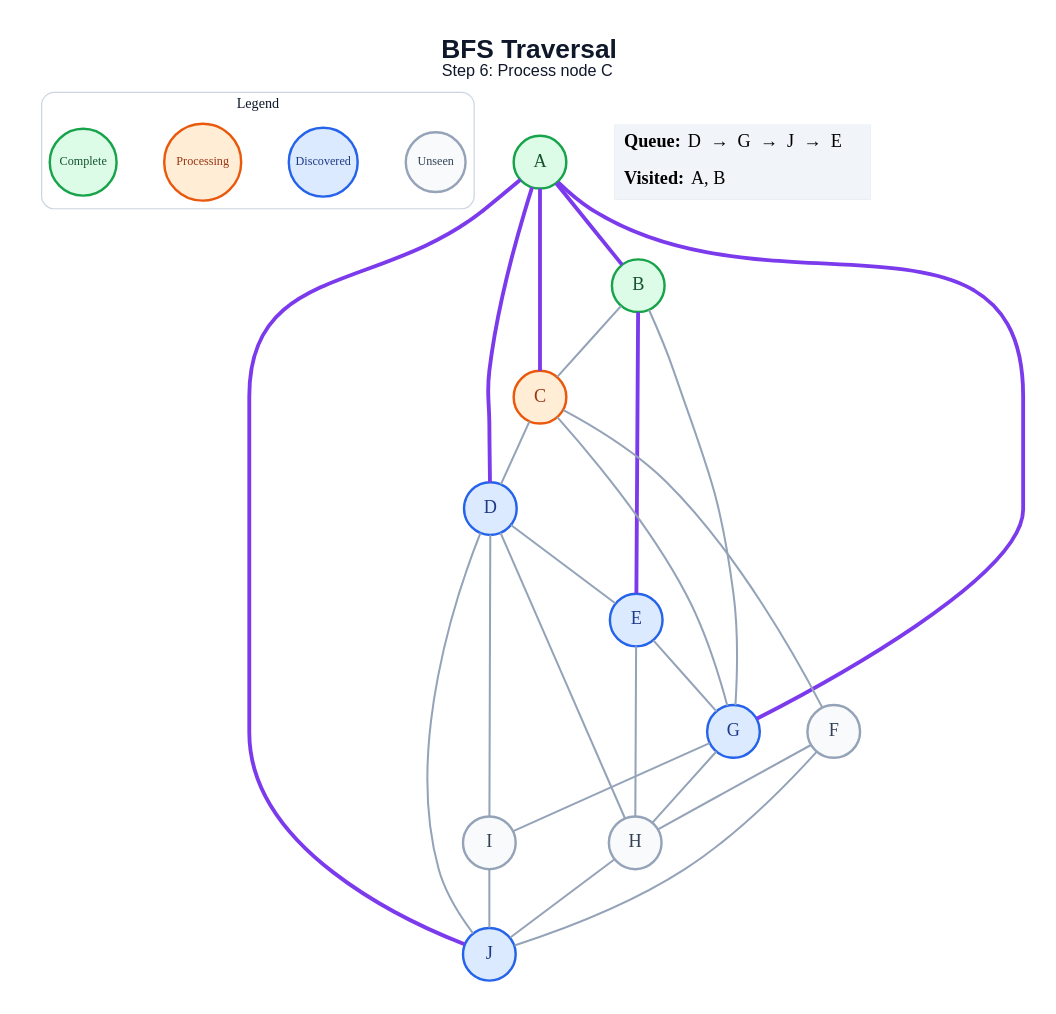
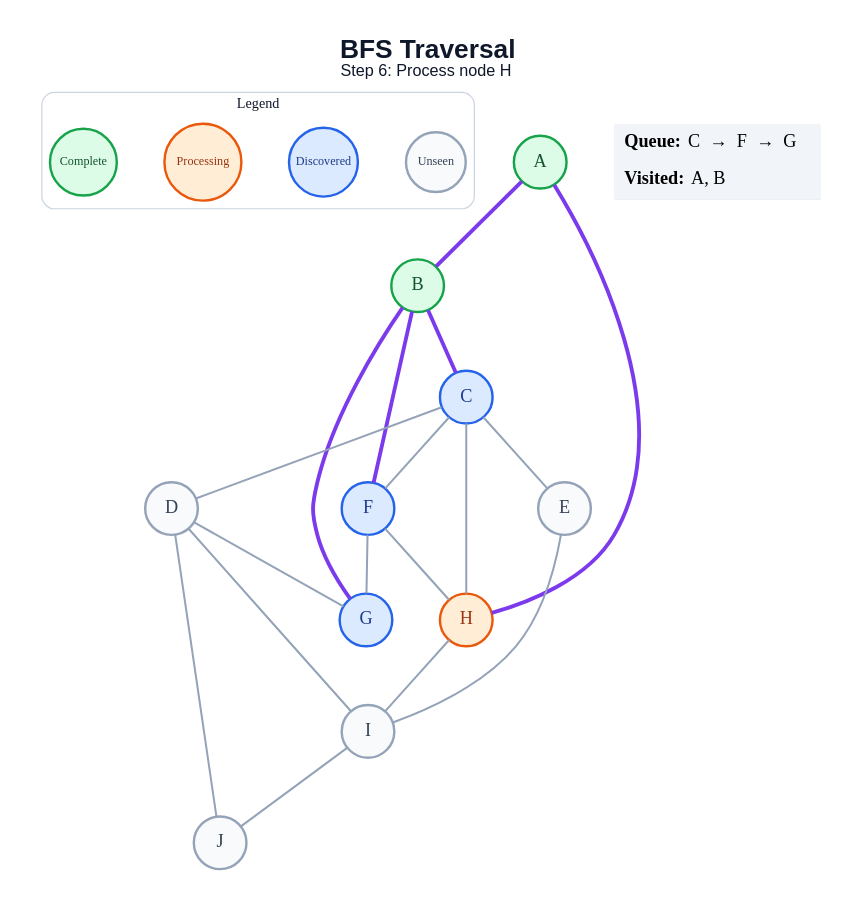
Before and after one commit to anon7238593-create/ai-slop: the diagram in generated/bfs/step_06.dot, drawn with Graphviz. The commit also changed 178 other files, not shown here.

```diff
--- a/generated/bfs/step_06.dot
+++ b/generated/bfs/step_06.dot
@@ -1,52 +1,46 @@
 graph traversal {
   graph [layout=dot, rankdir=TB, bgcolor="#FFFFFF", pad="0.35", nodesep="0.65", ranksep="0.8", fontname="Arial"];
   node [shape=circle, style="filled", fontname="Arial Bold", fontsize=18, width=0.72, fixedsize=true, penwidth=2.4];
   edge [color="#94A3B8", penwidth=2.0];
-  label=<<B>BFS Traversal</B><BR/><FONT POINT-SIZE="16">Step 6: Process node C</FONT>>; labelloc="t"; fontsize=26; fontname="Arial"; fontcolor="#0F172A";
+  label=<<B>BFS Traversal</B><BR/><FONT POINT-SIZE="16">Step 6: Process node H</FONT>>; labelloc="t"; fontsize=26; fontname="Arial"; fontcolor="#0F172A";
   subgraph cluster_legend { label="Legend"; color="#CBD5E1"; penwidth=1.2; style="rounded"; fontsize=14; fontname="Arial Bold";
     key_unseen [label="Unseen", fillcolor="#F8FAFC", color="#94A3B8", fontcolor="#334155", fontsize=12, width=0.82];
     key_frontier [label="Discovered", fillcolor="#DBEAFE", color="#2563EB", fontcolor="#1E3A8A", fontsize=12, width=0.95];
     key_current [label="Processing", fillcolor="#FFEDD5", color="#EA580C", fontcolor="#9A3412", fontsize=12, width=1.05];
     key_done [label="Complete", fillcolor="#DCFCE7", color="#16A34A", fontcolor="#14532D", fontsize=12, width=0.92];
     { rank=same; key_unseen; key_frontier; key_current; key_done; }
   }
   A [fillcolor="#DCFCE7", color="#16A34A", fontcolor="#14532D"];
   B [fillcolor="#DCFCE7", color="#16A34A", fontcolor="#14532D"];
-  C [fillcolor="#FFEDD5", color="#EA580C", fontcolor="#9A3412"];
-  D [fillcolor="#DBEAFE", color="#2563EB", fontcolor="#1E3A8A"];
-  E [fillcolor="#DBEAFE", color="#2563EB", fontcolor="#1E3A8A"];
-  F [fillcolor="#F8FAFC", color="#94A3B8", fontcolor="#334155"];
+  C [fillcolor="#DBEAFE", color="#2563EB", fontcolor="#1E3A8A"];
+  D [fillcolor="#F8FAFC", color="#94A3B8", fontcolor="#334155"];
+  E [fillcolor="#F8FAFC", color="#94A3B8", fontcolor="#334155"];
+  F [fillcolor="#DBEAFE", color="#2563EB", fontcolor="#1E3A8A"];
   G [fillcolor="#DBEAFE", color="#2563EB", fontcolor="#1E3A8A"];
-  H [fillcolor="#F8FAFC", color="#94A3B8", fontcolor="#334155"];
+  H [fillcolor="#FFEDD5", color="#EA580C", fontcolor="#9A3412"];
   I [fillcolor="#F8FAFC", color="#94A3B8", fontcolor="#334155"];
-  J [fillcolor="#DBEAFE", color="#2563EB", fontcolor="#1E3A8A"];
+  J [fillcolor="#F8FAFC", color="#94A3B8", fontcolor="#334155"];
   A -- B [color="#7C3AED", penwidth=3.8];
-  A -- C [color="#7C3AED", penwidth=3.8];
-  A -- D [color="#7C3AED", penwidth=3.8];
-  A -- G [color="#7C3AED", penwidth=3.8];
-  A -- J [color="#7C3AED", penwidth=3.8];
-  B -- C;
-  B -- E [color="#7C3AED", penwidth=3.8];
-  B -- G;
+  A -- H [color="#7C3AED", penwidth=3.8];
+  B -- C [color="#7C3AED", penwidth=3.8];
+  B -- F [color="#7C3AED", penwidth=3.8];
+  B -- G [color="#7C3AED", penwidth=3.8];
   C -- D;
+  C -- E;
   C -- F;
-  C -- G;
-  D -- E;
-  D -- H;
+  C -- H;
+  D -- G;
   D -- I;
   D -- J;
-  E -- G;
-  E -- H;
+  E -- I;
+  F -- G;
   F -- H;
-  F -- J;
-  G -- H;
-  G -- I;
-  H -- J;
+  H -- I;
   I -- J;
   status [shape=plain, fixedsize=false, width=0, height=0, margin=0, label=<
     <TABLE BORDER="0" CELLBORDER="0" CELLPADDING="7" BGCOLOR="#F1F5F9">
-      <TR><TD ALIGN="LEFT"><B>Queue:</B> D  →  G  →  J  →  E</TD></TR>
+      <TR><TD ALIGN="LEFT"><B>Queue:</B> C  →  F  →  G</TD></TR>
       <TR><TD ALIGN="LEFT"><B>Visited:</B> A, B</TD></TR>
     </TABLE>
   >];
 }
```
